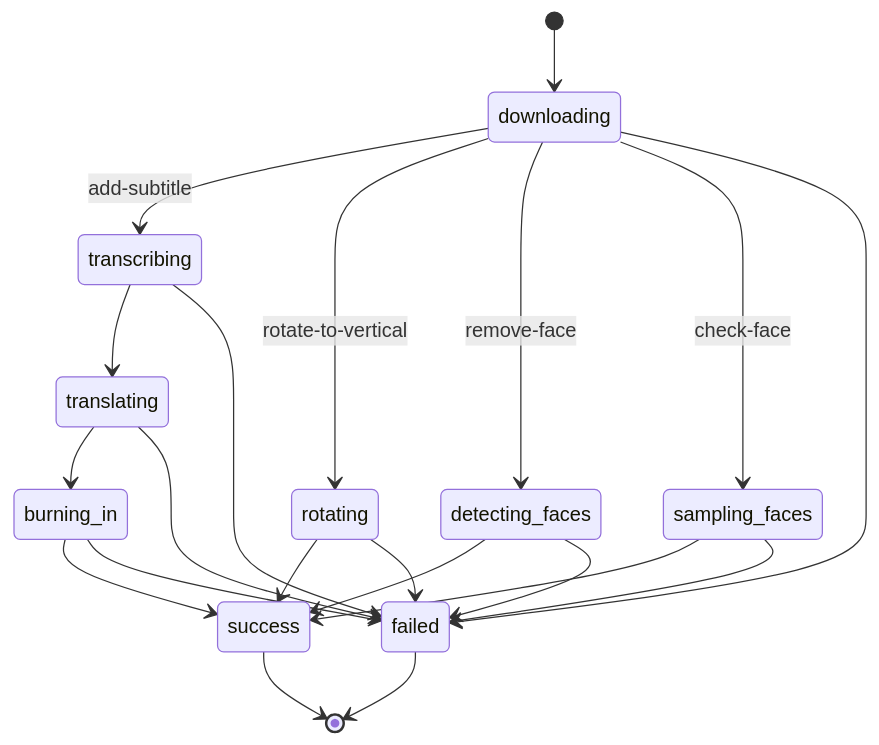
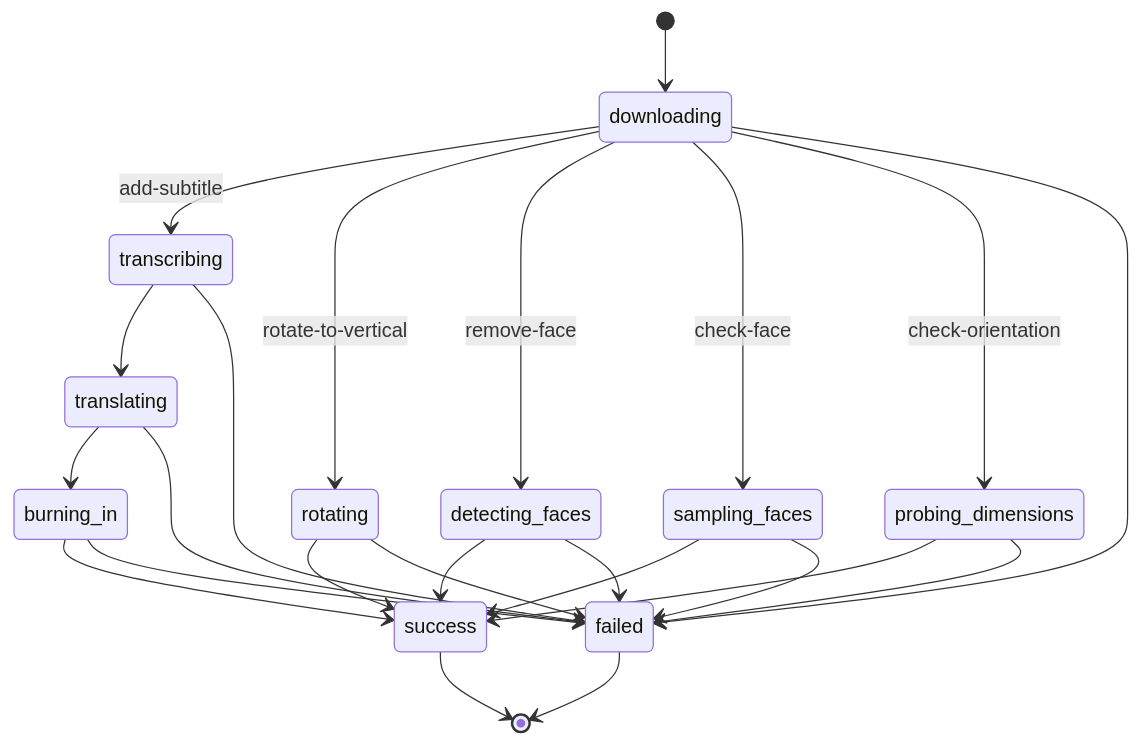
Before and after one commit to zcqqq/uniscrm-web: the diagram in content/src/services/video-action/status.md, drawn with Mermaid. The commit also changed other lines of this file and 4 other files, not shown here.

Commit message:
feat: add check-orientation operation to video-action queue consumer

````diff
--- a/content/src/services/video-action/status.md
+++ b/content/src/services/video-action/status.md
@@ -3,23 +3,26 @@
 ```mermaid
 stateDiagram-v2
     [*] --> downloading
     downloading --> transcribing: add-subtitle
     transcribing --> translating
     translating --> burning_in
     burning_in --> success
     downloading --> rotating: rotate-to-vertical
     rotating --> success
     downloading --> detecting_faces: remove-face
     detecting_faces --> success
     downloading --> sampling_faces: check-face
     sampling_faces --> success
+    downloading --> probing_dimensions: check-orientation
+    probing_dimensions --> success
     downloading --> failed
     transcribing --> failed
     translating --> failed
     burning_in --> failed
     rotating --> failed
     detecting_faces --> failed
     sampling_faces --> failed
+    probing_dimensions --> failed
     success --> [*]
     failed --> [*]
 ```
````
